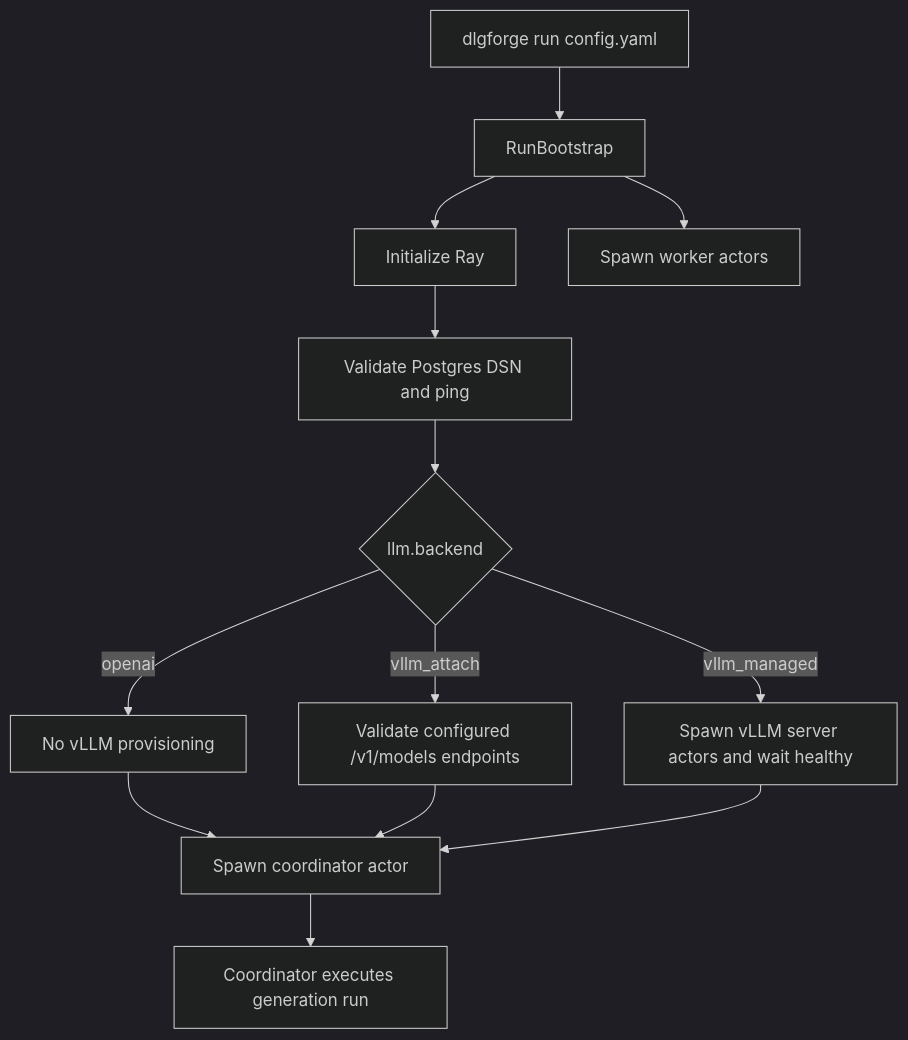
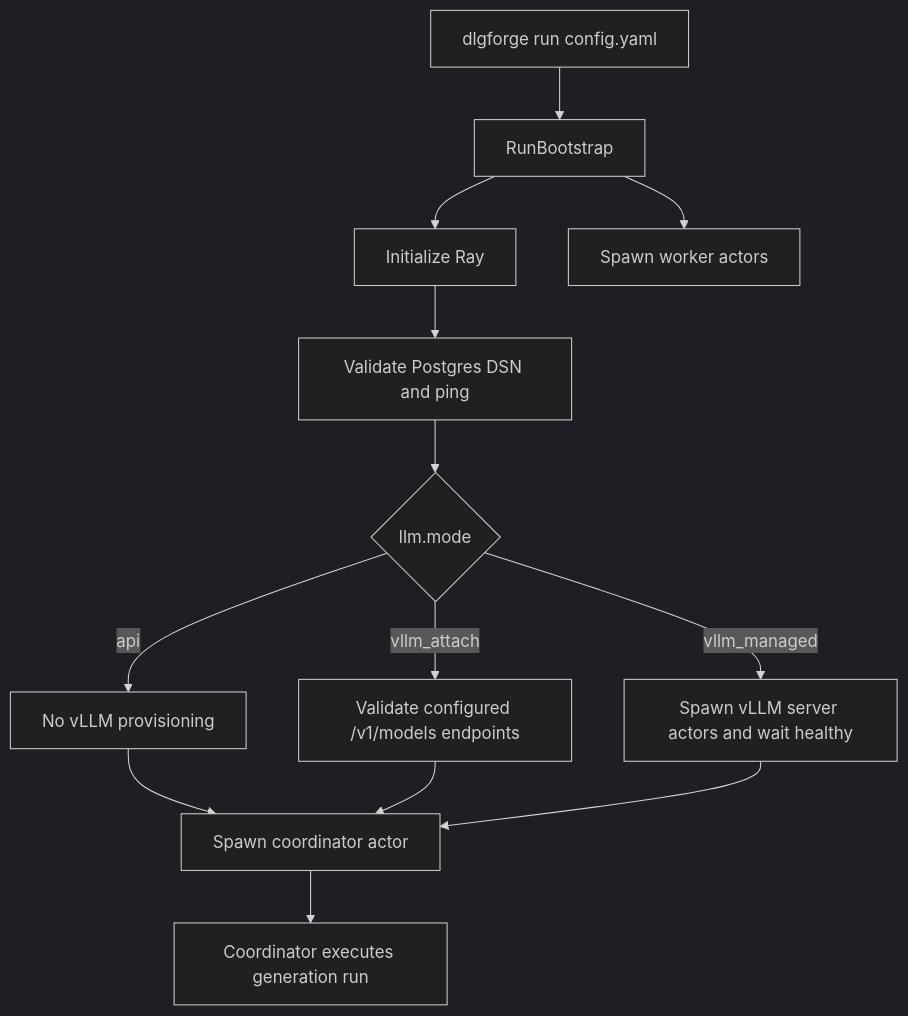
Before and after one commit to MBZUAI-Paris/dialogforge: the first of 3 diagrams in README.md, drawn with Mermaid (dark theme). The commit also changed other lines of this file and 20 other files, not shown here.

````diff
--- a/README.md
+++ b/README.md
@@ -407,15 +430,15 @@
 ```mermaid
 flowchart TD
   A["dlgforge run config.yaml"] --> B["RunBootstrap"]
   B --> C["Initialize Ray"]
   C --> D["Validate Postgres DSN and ping"]
-  D --> E{"llm.backend"}
-  E -->|openai| F["No vLLM provisioning"]
+  D --> E{"llm.mode"}
+  E -->|api| F["No vLLM provisioning"]
   E -->|vllm_attach| G["Validate configured /v1/models endpoints"]
   E -->|vllm_managed| H["Spawn vLLM server actors and wait healthy"]
   F --> I["Spawn coordinator actor"]
   G --> I
   H --> I
   B --> J["Spawn worker actors"]
   I --> K["Coordinator executes generation run"]
 ```
````
